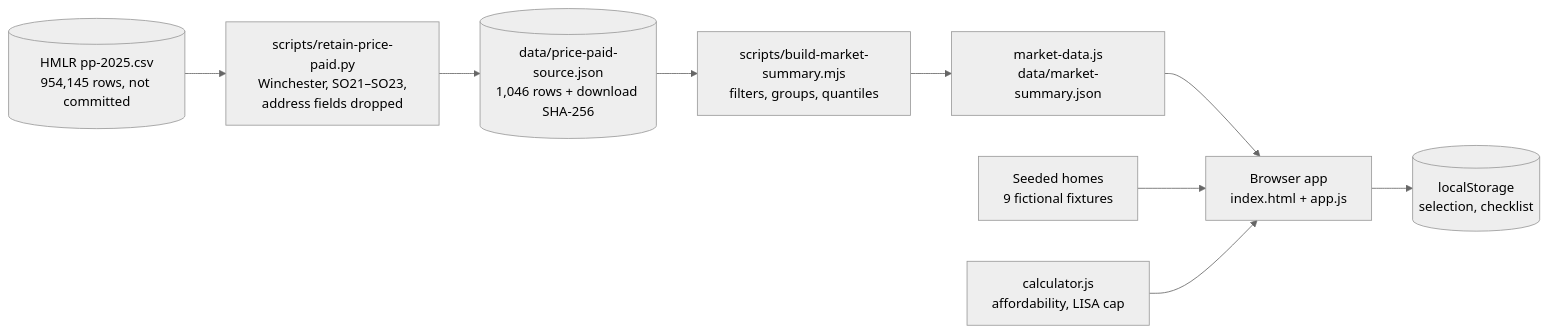
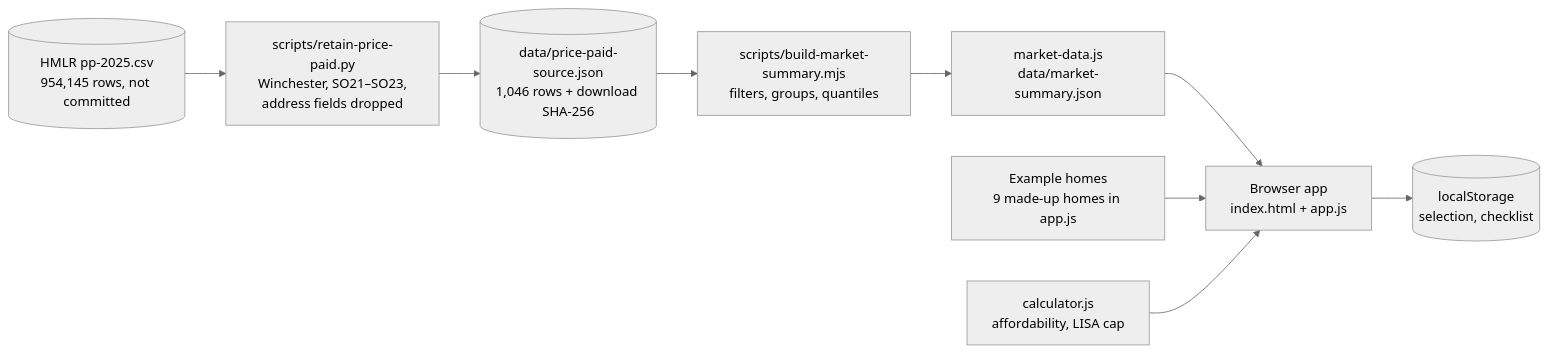
One commit to MatthewPaver/winchester-buyer-check changed the diagram in README.md. Above: the diagram before and after it, drawn with Mermaid (neutral theme). The commit also changed other lines of this file and 6 other files, not shown here.

````diff
--- a/README.md
+++ b/README.md
@@ -46,11 +46,11 @@
 ```mermaid
 flowchart LR
     H[("HMLR pp-2025.csv<br/>954,145 rows, not committed")] --> R["scripts/retain-price-paid.py<br/>Winchester, SO21–SO23,<br/>address fields dropped"]
     R --> S[("data/price-paid-source.json<br/>1,046 rows + download SHA-256")]
     S --> B["scripts/build-market-summary.mjs<br/>filters, groups, quantiles"]
     B --> M["market-data.js<br/>data/market-summary.json"]
     M --> A["Browser app<br/>index.html + app.js"]
-    F["Seeded homes<br/>9 fictional fixtures"] --> A
+    F["Example homes<br/>9 made-up homes in app.js"] --> A
     C["calculator.js<br/>affordability, LISA cap"] --> A
     A --> L[("localStorage<br/>selection, checklist")]
 ```
````
